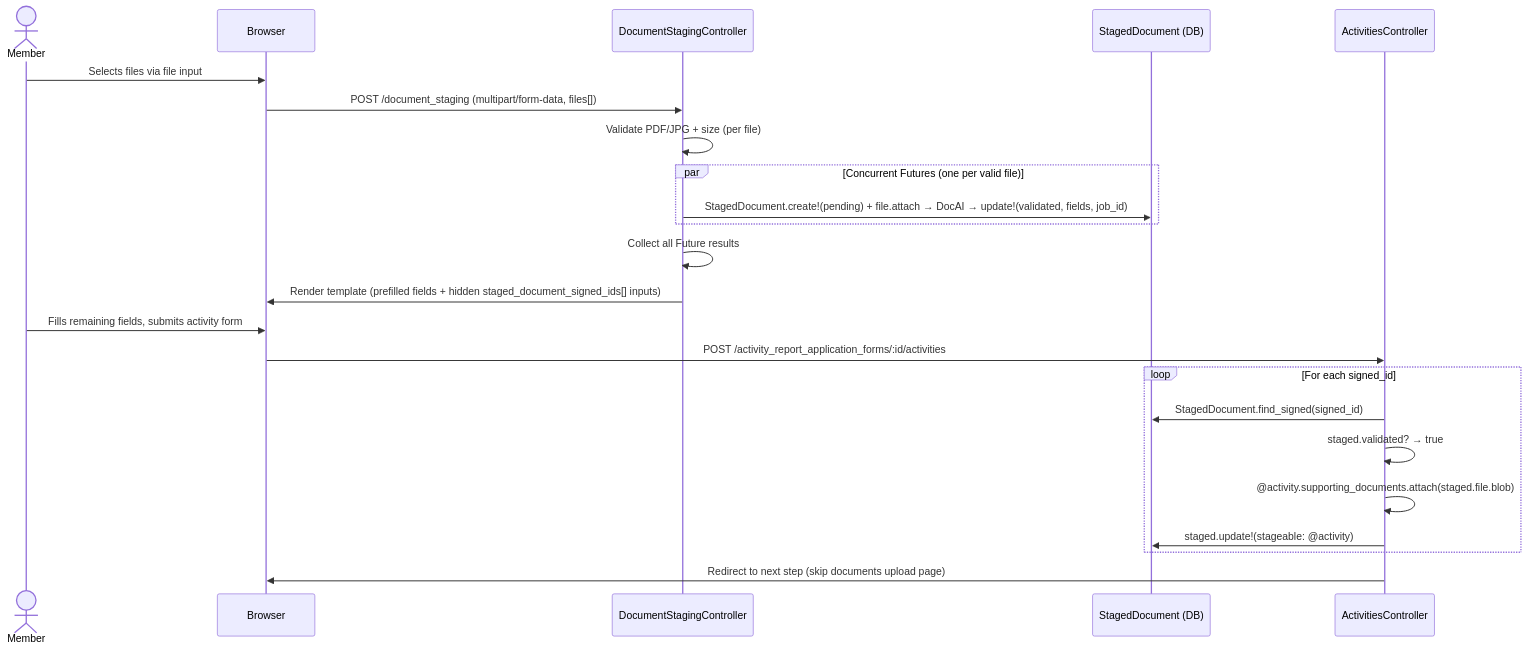
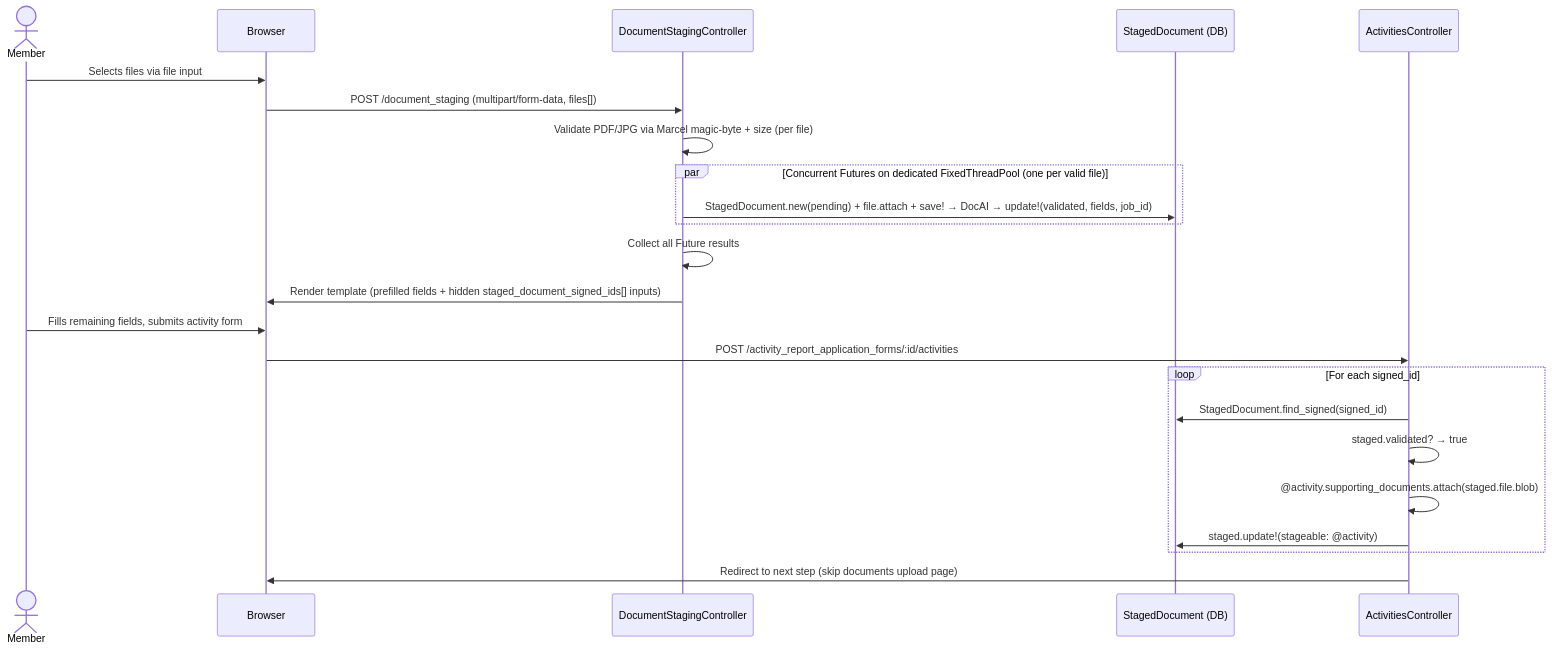
One commit to navapbc/oscer changed the third of 7 diagrams in docs/architecture/doc-ai-integration/doc-ai-api.md. Above: the diagram before and after it, drawn with Mermaid. The commit also changed other lines of this file, not shown here.

````diff
--- a/docs/architecture/doc-ai-integration/doc-ai-api.md
+++ b/docs/architecture/doc-ai-integration/doc-ai-api.md
@@ -149,27 +148,27 @@
 ```mermaid
 sequenceDiagram
     actor Member
     participant Browser
     participant Staging as DocumentStagingController
     participant DB as StagedDocument (DB)
     participant Activities as ActivitiesController
 
     Member->>Browser: Selects files via file input
     Browser->>Staging: POST /document_staging (multipart/form-data, files[])
-    Staging->>Staging: Validate PDF/JPG + size (per file)
-    par Concurrent Futures (one per valid file)
-        Staging->>DB: StagedDocument.create!(pending) + file.attach → DocAI → update!(validated, fields, job_id)
+    Staging->>Staging: Validate PDF/JPG via Marcel magic-byte + size (per file)
+    par Concurrent Futures on dedicated FixedThreadPool (one per valid file)
+        Staging->>DB: StagedDocument.new(pending) + file.attach + save! → DocAI → update!(validated, fields, job_id)
     end
     Staging->>Staging: Collect all Future results
     Staging->>Browser: Render template (prefilled fields + hidden staged_document_signed_ids[] inputs)
 
     Member->>Browser: Fills remaining fields, submits activity form
     Browser->>Activities: POST /activity_report_application_forms/:id/activities
     loop For each signed_id
         Activities->>DB: StagedDocument.find_signed(signed_id)
         Activities->>Activities: staged.validated? → true
         Activities->>Activities: @activity.supporting_documents.attach(staged.file.blob)
         Activities->>DB: staged.update!(stageable: @activity)
     end
     Activities->>Browser: Redirect to next step (skip documents upload page)
 ```
````
